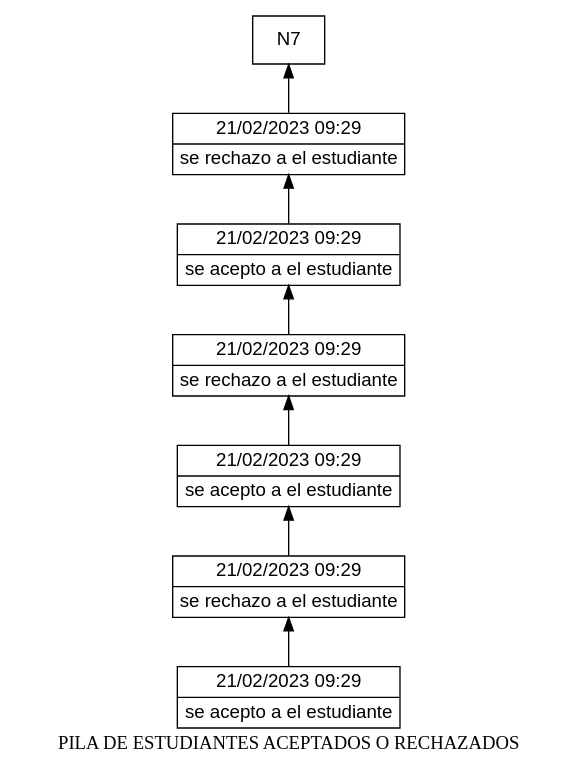
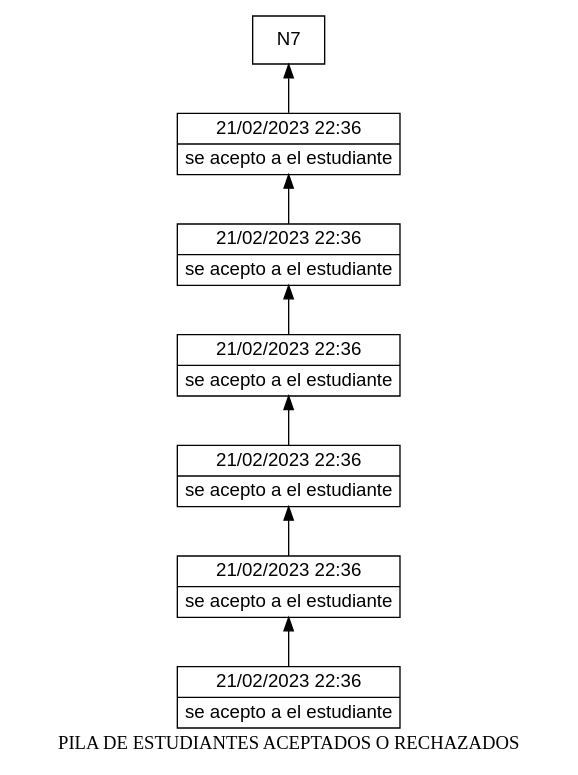
The diagram in EDD_Proyecto1_Fase1/pila.dot (Nahomi-Aparicio/EDD_1S2023_PY_202113293_F1), drawn with Graphviz before and after one commit. The commit also changed 9 other files, not shown here.

```diff
--- a/EDD_Proyecto1_Fase1/pila.dot
+++ b/EDD_Proyecto1_Fase1/pila.dot
@@ -1,18 +1,18 @@
 digraph G {
 rankdir=BT;
 node [shape=box];
 node [shape=record fontname=Arial]
 label = "PILA DE ESTUDIANTES ACEPTADOS O RECHAZADOS";
-N6[label="{21/02/2023      09:29     |se rechazo a el estudiante}"];
+N6[label="{21/02/2023      22:36     |se acepto a el estudiante}"];
 N1->N2;
-N5[label="{21/02/2023      09:29     |se acepto a el estudiante}"];
+N5[label="{21/02/2023      22:36     |se acepto a el estudiante}"];
 N2->N3;
-N4[label="{21/02/2023      09:29     |se rechazo a el estudiante}"];
+N4[label="{21/02/2023      22:36     |se acepto a el estudiante}"];
 N3->N4;
-N3[label="{21/02/2023      09:29     |se acepto a el estudiante}"];
+N3[label="{21/02/2023      22:36     |se acepto a el estudiante}"];
 N4->N5;
-N2[label="{21/02/2023      09:29     |se rechazo a el estudiante}"];
+N2[label="{21/02/2023      22:36     |se acepto a el estudiante}"];
 N5->N6;
-N1[label="{21/02/2023      09:29     |se acepto a el estudiante}"];
+N1[label="{21/02/2023      22:36     |se acepto a el estudiante}"];
 N6->N7;
 }
```
